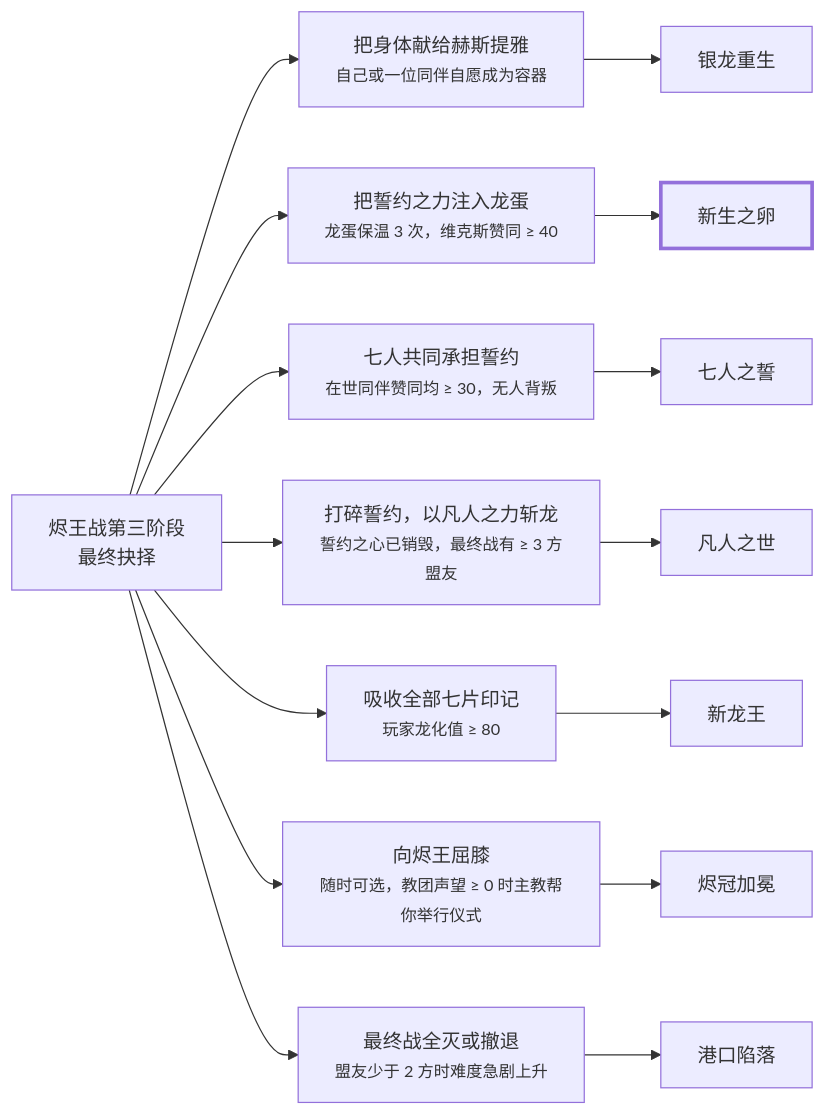
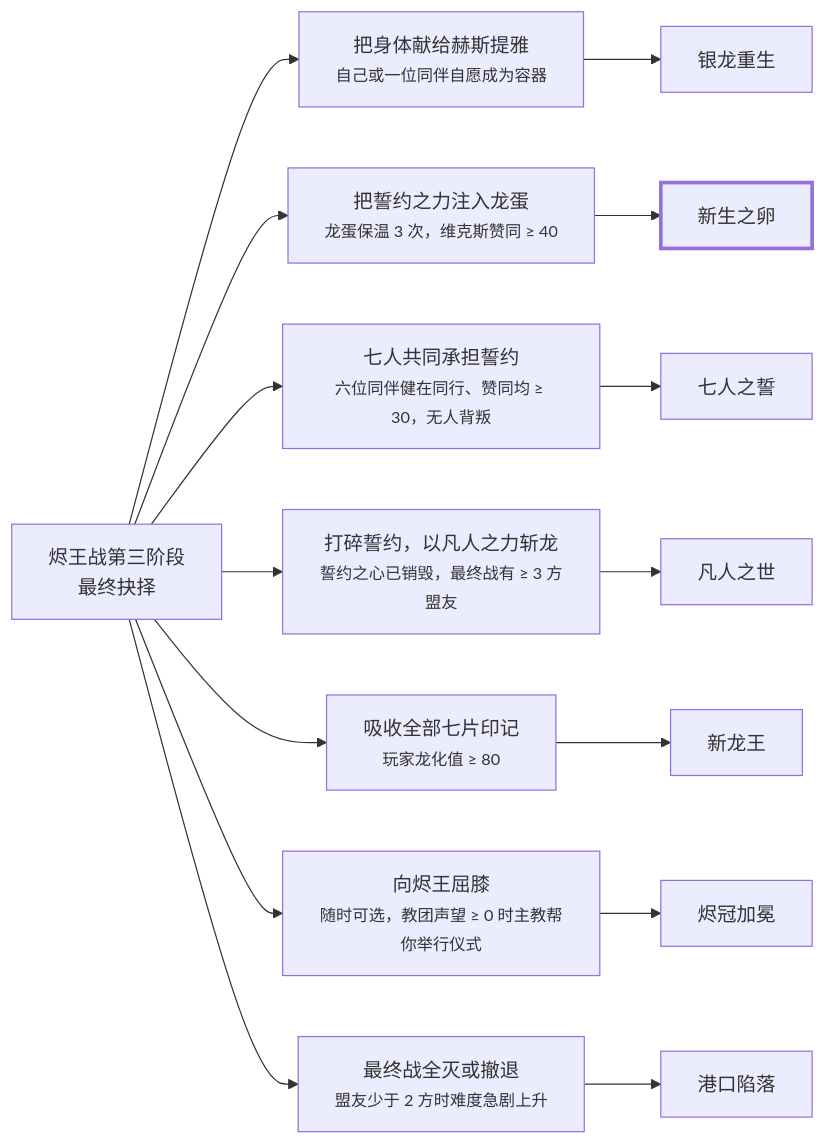
One commit to yiyayoh/dragon-oath changed the diagram in docs/剧本设定集.md. Above: the diagram before and after it, drawn with Mermaid. The commit also changed other lines of this file and 12 other files, not shown here.

````diff
--- a/docs/剧本设定集.md
+++ b/docs/剧本设定集.md
@@ -559,12 +561,12 @@
 ```mermaid
 flowchart LR
   R["烬王战第三阶段<br/>最终抉择"]
   R --> A["把身体献给赫斯提雅<br/><small>自己或一位同伴自愿成为容器</small>"] --> EA["银龙重生"]
   R --> B["把誓约之力注入龙蛋<br/><small>龙蛋保温 3 次，维克斯赞同 ≥ 40</small>"] --> EB["新生之卵"]
-  R --> C["七人共同承担誓约<br/><small>在世同伴赞同均 ≥ 30，无人背叛</small>"] --> EC["七人之誓"]
+  R --> C["七人共同承担誓约<br/><small>六位同伴健在同行、赞同均 ≥ 30，无人背叛</small>"] --> EC["七人之誓"]
   R --> D["打碎誓约，以凡人之力斩龙<br/><small>誓约之心已销毁，最终战有 ≥ 3 方盟友</small>"] --> ED["凡人之世"]
   R --> E["吸收全部七片印记<br/><small>玩家龙化值 ≥ 80</small>"] --> EE["新龙王"]
   R --> F["向烬王屈膝<br/><small>随时可选，教团声望 ≥ 0 时主教帮你举行仪式</small>"] --> EF["烬冠加冕"]
   R --> G["最终战全灭或撤退<br/><small>盟友少于 2 方时难度急剧上升</small>"] --> EG["港口陷落"]
   style EB stroke-width:3px
 ```
````
